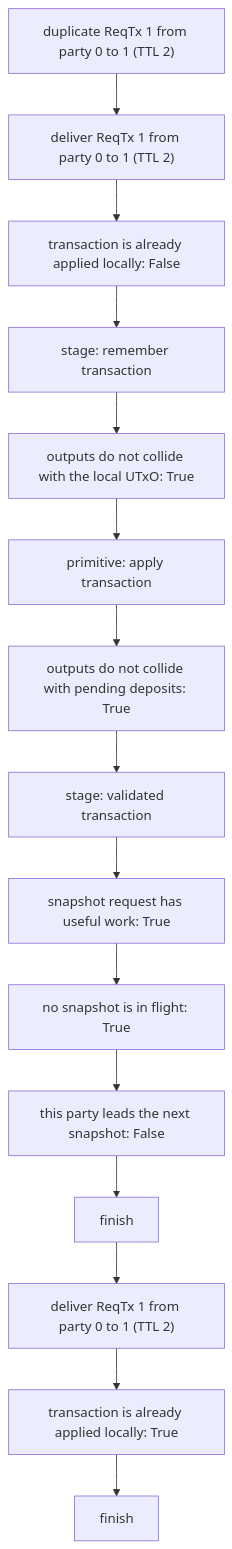
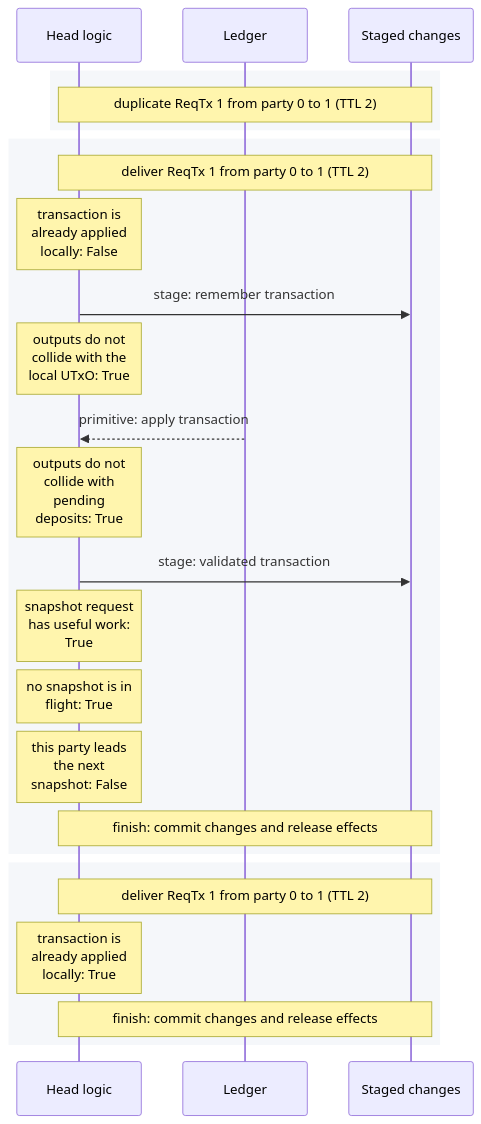
The diagram in docs/docs/dev/architecture/head-logic-traces/registry-regression-v2.json.mmd (cardano-scaling/hydra), drawn with Mermaid before and after one commit. The commit also changed 25 other files, not shown here.

Commit message:
re-org diagrams

```diff
--- a/docs/docs/dev/architecture/head-logic-traces/registry-regression-v2.json.mmd
+++ b/docs/docs/dev/architecture/head-logic-traces/registry-regression-v2.json.mmd
@@ -1,30 +1,26 @@
-flowchart TD
-  n0["duplicate ReqTx 1 from party 0 to 1 (TTL 2)"]
-  n1["deliver ReqTx 1 from party 0 to 1 (TTL 2)"]
-  n2["transaction is already applied locally: False"]
-  n3["stage: remember transaction"]
-  n4["outputs do not collide with the local UTxO: True"]
-  n5["primitive: apply transaction"]
-  n6["outputs do not collide with pending deposits: True"]
-  n7["stage: validated transaction"]
-  n8["snapshot request has useful work: True"]
-  n9["no snapshot is in flight: True"]
-  n10["this party leads the next snapshot: False"]
-  n11["finish"]
-  n12["deliver ReqTx 1 from party 0 to 1 (TTL 2)"]
-  n13["transaction is already applied locally: True"]
-  n14["finish"]
-  n0 --> n1
-  n1 --> n2
-  n2 --> n3
-  n3 --> n4
-  n4 --> n5
-  n5 --> n6
-  n6 --> n7
-  n7 --> n8
-  n8 --> n9
-  n9 --> n10
-  n10 --> n11
-  n11 --> n12
-  n12 --> n13
-  n13 --> n14
+%%{init: {"sequence": {"wrap": true}}}%%
+sequenceDiagram
+  participant logic as Head logic
+  participant ledger as Ledger
+  participant changes as Staged changes
+  rect rgb(245, 247, 250)
+    Note over logic,changes: duplicate ReqTx 1 from party 0 to 1 (TTL 2)
+  end
+  rect rgb(245, 247, 250)
+    Note over logic,changes: deliver ReqTx 1 from party 0 to 1 (TTL 2)
+    Note over logic: transaction is already applied locally: False
+    logic->>changes: stage: remember transaction
+    Note over logic: outputs do not collide with the local UTxO: True
+    ledger-->>logic: primitive: apply transaction
+    Note over logic: outputs do not collide with pending deposits: True
+    logic->>changes: stage: validated transaction
+    Note over logic: snapshot request has useful work: True
+    Note over logic: no snapshot is in flight: True
+    Note over logic: this party leads the next snapshot: False
+    Note over logic,changes: finish: commit changes and release effects
+  end
+  rect rgb(245, 247, 250)
+    Note over logic,changes: deliver ReqTx 1 from party 0 to 1 (TTL 2)
+    Note over logic: transaction is already applied locally: True
+    Note over logic,changes: finish: commit changes and release effects
+  end
```
